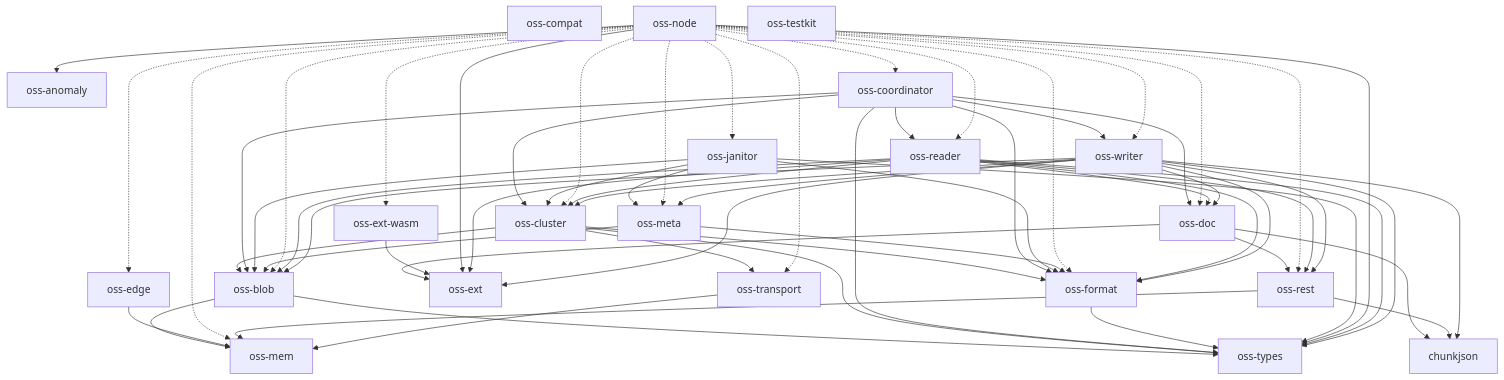
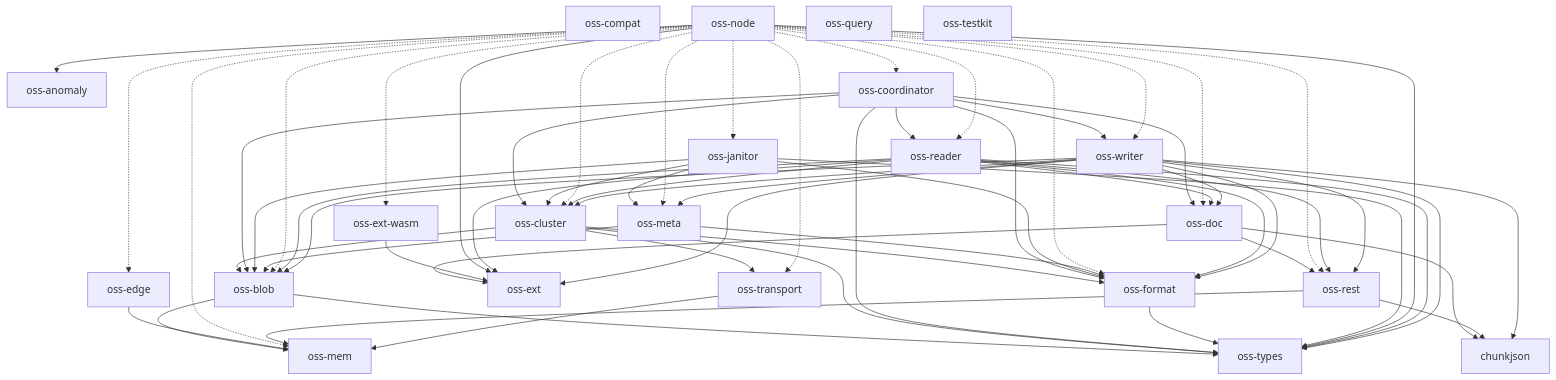
Before and after one commit to huyz0/opensearch-serverless: the diagram in docs/architecture.md, drawn with Mermaid. The commit also changed 23 other files, not shown here.

````diff
--- a/docs/architecture.md
+++ b/docs/architecture.md
@@ -10,72 +10,73 @@
 ```mermaid
 graph TD
     chunkjson
     oss-anomaly
     oss-blob --> oss-mem
     oss-blob --> oss-types
     oss-cluster --> oss-blob
     oss-cluster --> oss-format
     oss-cluster --> oss-transport
     oss-cluster --> oss-types
     oss-compat
     oss-coordinator --> oss-blob
     oss-coordinator --> oss-cluster
     oss-coordinator --> oss-doc
     oss-coordinator --> oss-format
     oss-coordinator --> oss-reader
     oss-coordinator --> oss-types
     oss-coordinator --> oss-writer
     oss-doc --> chunkjson
     oss-doc --> oss-ext
     oss-doc --> oss-rest
     oss-edge --> oss-mem
     oss-ext
     oss-ext-wasm --> oss-ext
     oss-format --> oss-types
     oss-janitor --> oss-blob
     oss-janitor --> oss-cluster
     oss-janitor --> oss-format
     oss-janitor --> oss-meta
     oss-janitor --> oss-types
     oss-mem
     oss-meta --> oss-blob
     oss-meta --> oss-format
     oss-node --> oss-anomaly
     oss-node -.-> oss-blob
     oss-node -.-> oss-cluster
     oss-node -.-> oss-coordinator
     oss-node -.-> oss-doc
     oss-node -.-> oss-edge
     oss-node --> oss-ext
     oss-node -.-> oss-ext-wasm
     oss-node -.-> oss-format
     oss-node -.-> oss-janitor
     oss-node -.-> oss-mem
     oss-node -.-> oss-meta
     oss-node -.-> oss-reader
     oss-node -.-> oss-rest
     oss-node -.-> oss-transport
     oss-node --> oss-types
     oss-node -.-> oss-writer
+    oss-query
     oss-reader --> oss-blob
     oss-reader --> oss-cluster
     oss-reader --> oss-doc
     oss-reader --> oss-ext
     oss-reader --> oss-format
     oss-reader --> oss-rest
     oss-reader --> oss-types
     oss-rest --> chunkjson
     oss-rest --> oss-mem
     oss-testkit
     oss-transport --> oss-mem
     oss-types
     oss-writer --> chunkjson
     oss-writer --> oss-blob
     oss-writer --> oss-cluster
     oss-writer --> oss-doc
     oss-writer --> oss-ext
     oss-writer --> oss-format
     oss-writer --> oss-meta
     oss-writer --> oss-rest
     oss-writer --> oss-types
 ```
````
